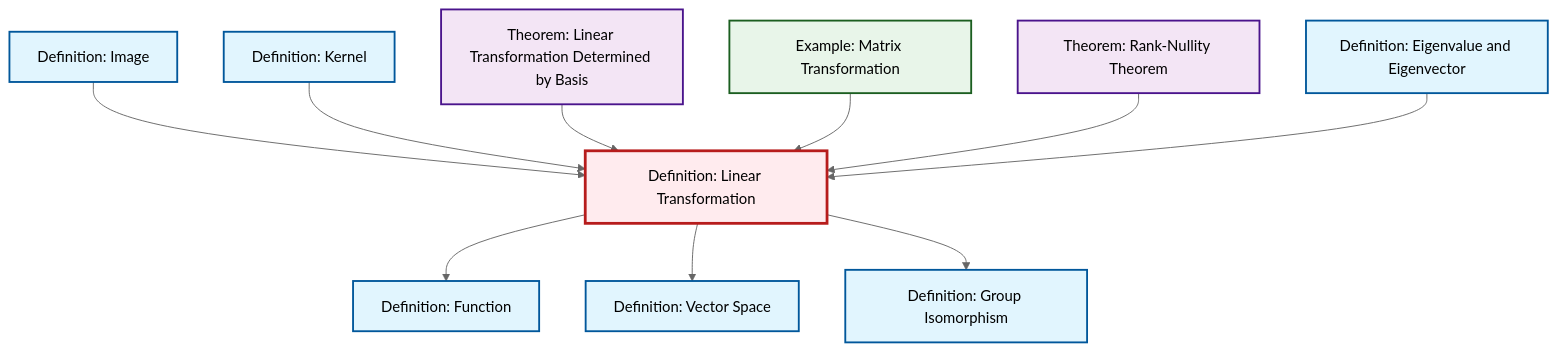
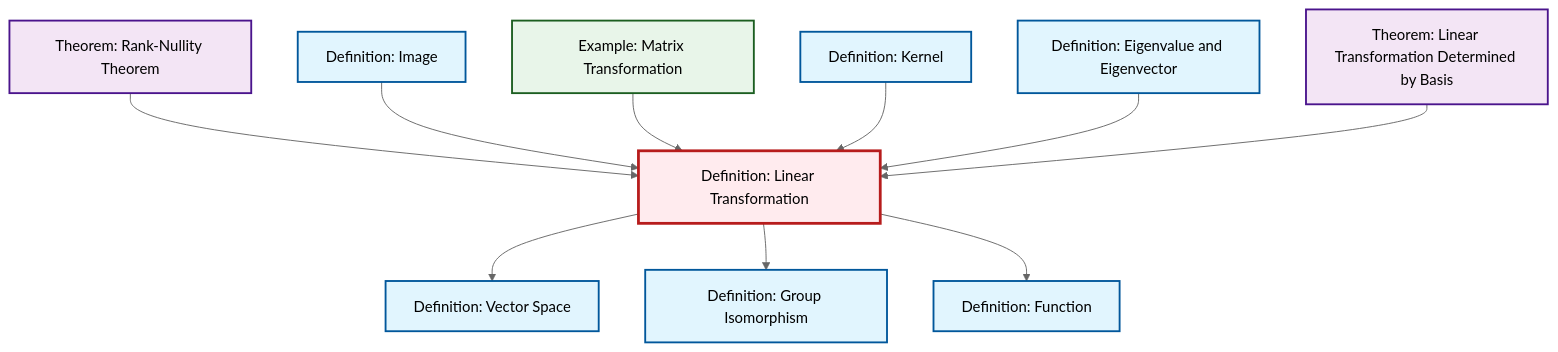
The diagram in content/en/algebra/def-linear-transformation.qmd (RK0429/ModernMath), drawn with Mermaid (neutral theme) before and after one commit. The commit also changed other lines of this file and 619 other files, not shown here.

````diff
--- a/content/en/algebra/def-linear-transformation.qmd
+++ b/content/en/algebra/def-linear-transformation.qmd
@@ -46,38 +46,38 @@
 ```{mermaid}
 %%| fig-cap: "Local dependency graph"
 graph TD
     classDef definition fill:#e1f5fe,stroke:#01579b,stroke-width:2px
     classDef theorem fill:#f3e5f5,stroke:#4a148c,stroke-width:2px
     classDef axiom fill:#fff3e0,stroke:#e65100,stroke-width:2px
     classDef example fill:#e8f5e9,stroke:#1b5e20,stroke-width:2px
     classDef current fill:#ffebee,stroke:#b71c1c,stroke-width:3px
     thm-linear-transformation-basis["Theorem: Linear Transformation Determined by Basis"]:::theorem
-    ex-matrix-transformation["Example: Matrix Transformation"]:::example
-    thm-rank-nullity["Theorem: Rank-Nullity Theorem"]:::theorem
-    def-vector-space["Definition: Vector Space"]:::definition
-    def-function["Definition: Function"]:::definition
-    def-isomorphism["Definition: Group Isomorphism"]:::definition
+    def-eigenvalue-eigenvector["Definition: Eigenvalue and Eigenvector"]:::definition
     def-kernel["Definition: Kernel"]:::definition
     def-linear-transformation["Definition: Linear Transformation"]:::definition
-    def-eigenvalue-eigenvector["Definition: Eigenvalue and Eigenvector"]:::definition
+    thm-rank-nullity["Theorem: Rank-Nullity Theorem"]:::theorem
+    def-isomorphism["Definition: Group Isomorphism"]:::definition
+    ex-matrix-transformation["Example: Matrix Transformation"]:::example
+    def-function["Definition: Function"]:::definition
     def-image["Definition: Image"]:::definition
+    def-vector-space["Definition: Vector Space"]:::definition
+    def-linear-transformation --> def-vector-space
+    thm-rank-nullity --> def-linear-transformation
+    def-image --> def-linear-transformation
+    def-linear-transformation --> def-isomorphism
+    ex-matrix-transformation --> def-linear-transformation
+    def-kernel --> def-linear-transformation
+    def-eigenvalue-eigenvector --> def-linear-transformation
+    thm-linear-transformation-basis --> def-linear-transformation
     def-linear-transformation --> def-function
-    def-image --> def-linear-transformation
-    def-kernel --> def-linear-transformation
-    def-linear-transformation --> def-vector-space
-    thm-linear-transformation-basis --> def-linear-transformation
-    ex-matrix-transformation --> def-linear-transformation
-    thm-rank-nullity --> def-linear-transformation
-    def-linear-transformation --> def-isomorphism
-    def-eigenvalue-eigenvector --> def-linear-transformation
     class def-linear-transformation current
     click thm-linear-transformation-basis "thm-linear-transformation-basis.html" "Go to Linear Transformation Determined by Basis theorem"
+    click def-eigenvalue-eigenvector "def-eigenvalue-eigenvector.html" "Go to Eigenvalue and Eigenvector definition"
+    click def-kernel "def-kernel.html" "Go to Kernel definition"
+    click thm-rank-nullity "thm-rank-nullity.html" "Go to Rank-Nullity Theorem theorem"
+    click def-isomorphism "def-isomorphism.html" "Go to Group Isomorphism definition"
     click ex-matrix-transformation "ex-matrix-transformation.html" "Go to Matrix Transformation example"
-    click thm-rank-nullity "thm-rank-nullity.html" "Go to Rank-Nullity Theorem theorem"
+    click def-function "def-function.html" "Go to Function definition"
+    click def-image "def-image.html" "Go to Image definition"
     click def-vector-space "def-vector-space.html" "Go to Vector Space definition"
-    click def-function "def-function.html" "Go to Function definition"
-    click def-isomorphism "def-isomorphism.html" "Go to Group Isomorphism definition"
-    click def-kernel "def-kernel.html" "Go to Kernel definition"
-    click def-eigenvalue-eigenvector "def-eigenvalue-eigenvector.html" "Go to Eigenvalue and Eigenvector definition"
-    click def-image "def-image.html" "Go to Image definition"
 ```
````
